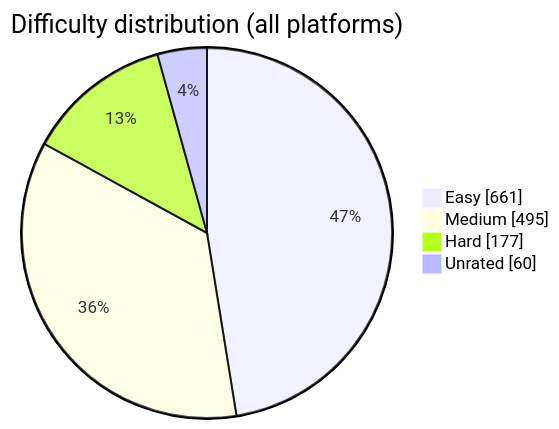
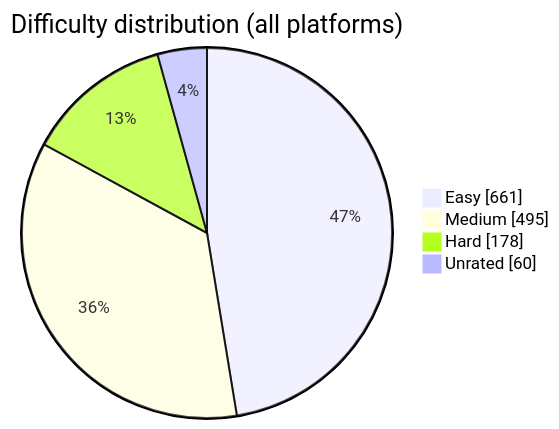
The diagram in README.md (BuildbyArindam/Daily-Coding-Log), drawn with Mermaid before and after one commit. The commit also changed other lines of this file, not shown here.

````diff
--- a/README.md
+++ b/README.md
@@ -93,7 +93,7 @@
 ```mermaid
 pie showData title Difficulty distribution (all platforms)
     "Easy" : 661
     "Medium" : 495
-    "Hard" : 177
+    "Hard" : 178
     "Unrated" : 60
 ```
````
